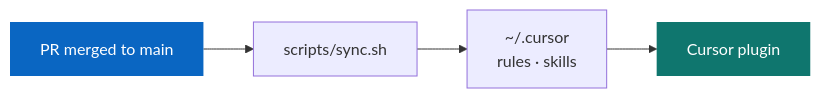
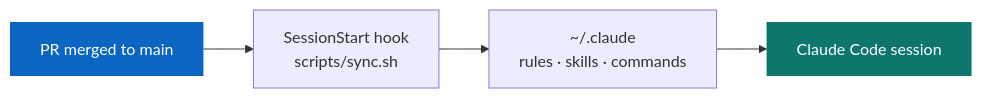
The first of 3 diagrams in README.md (matthummel-pa/ai-dev-standards-playbook), drawn with Mermaid before and after one commit. The commit also changed other lines of this file and 38 other files, not shown here.

First line of the commit message:
feat!: remove Cursor support, back to Claude Code only (1.7.0) (#15)

````diff
--- a/README.md
+++ b/README.md
@@ -48,6 +48,6 @@
 ```mermaid
 flowchart LR
-  A[PR merged to main] --> B[scripts/sync.sh] --> C[~/.cursor<br/>rules · skills] --> D[Cursor plugin]
+  A[PR merged to main] --> B[SessionStart hook<br/>scripts/sync.sh] --> C[~/.claude<br/>rules · skills · commands] --> D[Claude Code session]
   style A fill:#0a66c2,color:#fff,stroke:none
   style D fill:#0f766e,color:#fff,stroke:none
 ```
````
